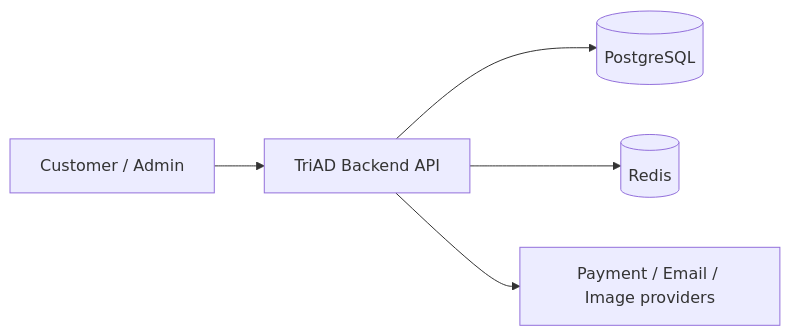
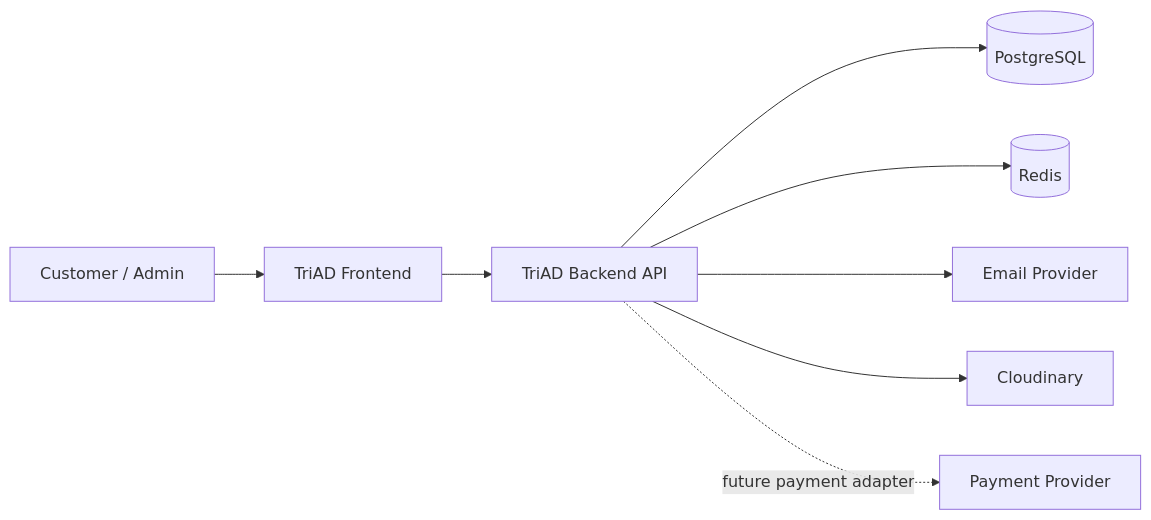
One commit to Thang4869/TriAD-Backend changed the first of 4 diagrams in README.md. Above: the diagram before and after it, drawn with Mermaid. The commit also changed other lines of this file and 1 other file, not shown here.

Commit message:
docs(readme): align runtime and frontend integration

````diff
--- a/README.md
+++ b/README.md
@@ -261,7 +434,12 @@
 ```mermaid
 flowchart LR
-	Customer[Customer / Admin] --> API[TriAD Backend API]
-	API --> DB[(PostgreSQL)]
-	API --> Redis[(Redis)]
-	API --> External[Payment / Email / Image providers]
+    User[Customer / Admin] --> FE[TriAD Frontend]
+    FE --> API[TriAD Backend API]
+
+    API --> DB[(PostgreSQL)]
+    API --> Redis[(Redis)]
+    API --> Email[Email Provider]
+    API --> Images[Cloudinary]
+
+    API -. future payment adapter .-> Payment[Payment Provider]
 ```
````
